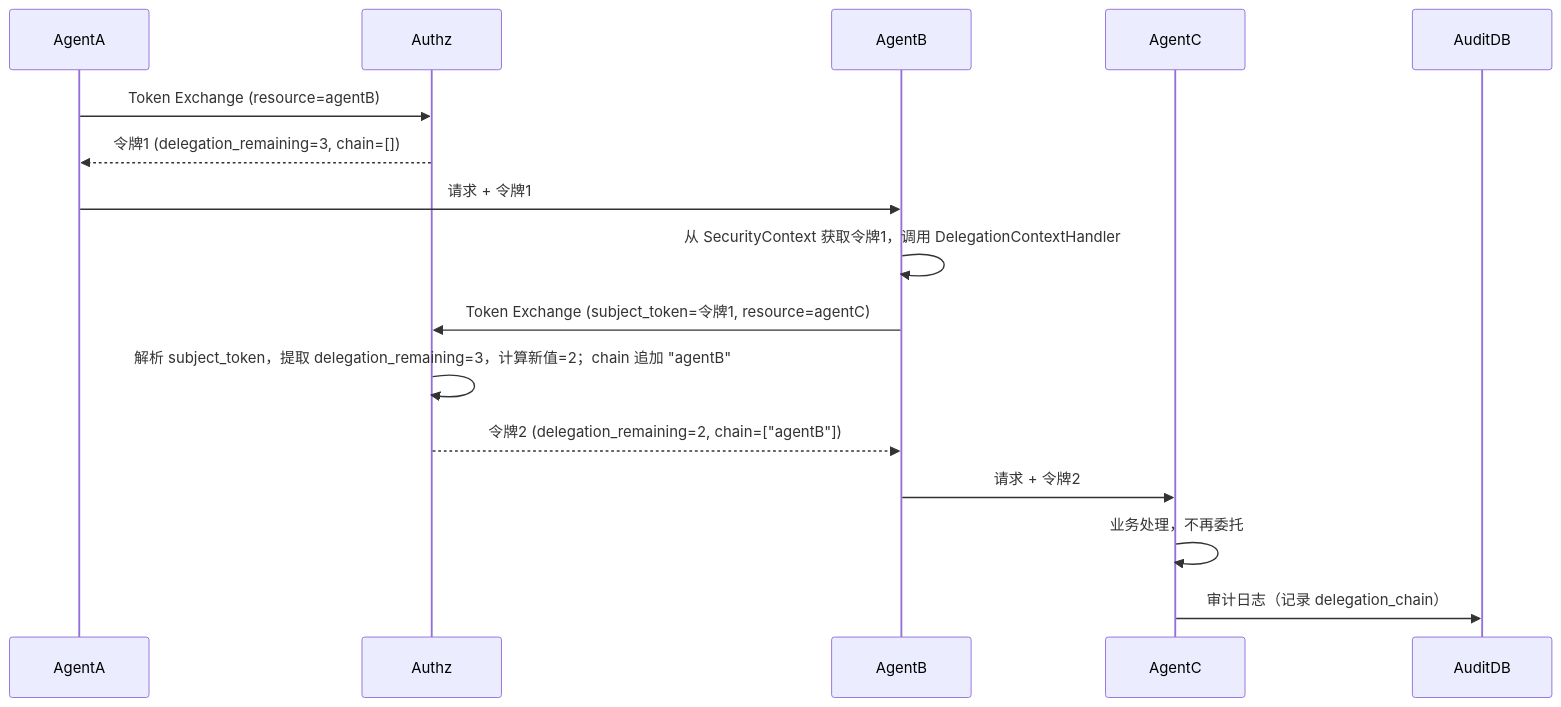
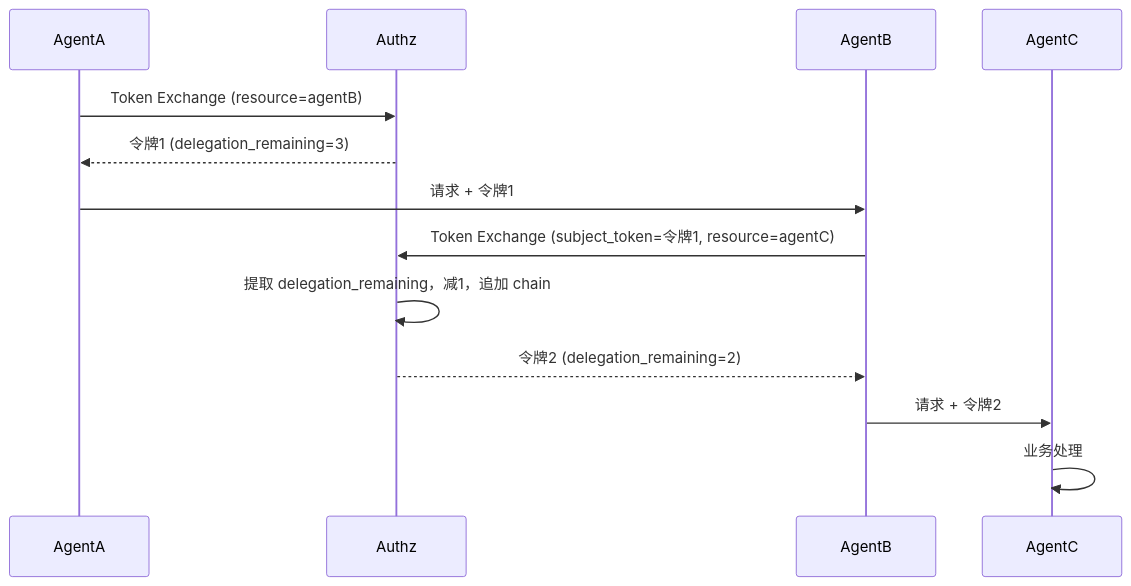
The fourth of 5 diagrams in security/A2A 权限系统架构设计文档.md (latcn/developer-knowledge), drawn with Mermaid before and after one commit. The commit also changed other lines of this file, not shown here.

Commit message:
security

````diff
--- a/security/A2A 权限系统架构设计文档.md
+++ b/security/A2A 权限系统架构设计文档.md
@@ -1157,19 +1250,16 @@
 ```mermaid
 sequenceDiagram
     participant AgentA
     participant Authz
     participant AgentB
     participant AgentC
-    participant AuditDB
 
     AgentA->>Authz: Token Exchange (resource=agentB)
-    Authz-->>AgentA: 令牌1 (delegation_remaining=3, chain=[])
+    Authz-->>AgentA: 令牌1 (delegation_remaining=3)
     AgentA->>AgentB: 请求 + 令牌1
-    AgentB->>AgentB: 从 SecurityContext 获取令牌1，调用 DelegationContextHandler
     AgentB->>Authz: Token Exchange (subject_token=令牌1, resource=agentC)
-    Authz->>Authz: 解析 subject_token，提取 delegation_remaining=3，计算新值=2；chain 追加 "agentB"
-    Authz-->>AgentB: 令牌2 (delegation_remaining=2, chain=["agentB"])
+    Authz->>Authz: 提取 delegation_remaining，减1，追加 chain
+    Authz-->>AgentB: 令牌2 (delegation_remaining=2)
     AgentB->>AgentC: 请求 + 令牌2
-    AgentC->>AgentC: 业务处理，不再委托
-    AgentC->>AuditDB: 审计日志（记录 delegation_chain）
+    AgentC->>AgentC: 业务处理
 ```
````
